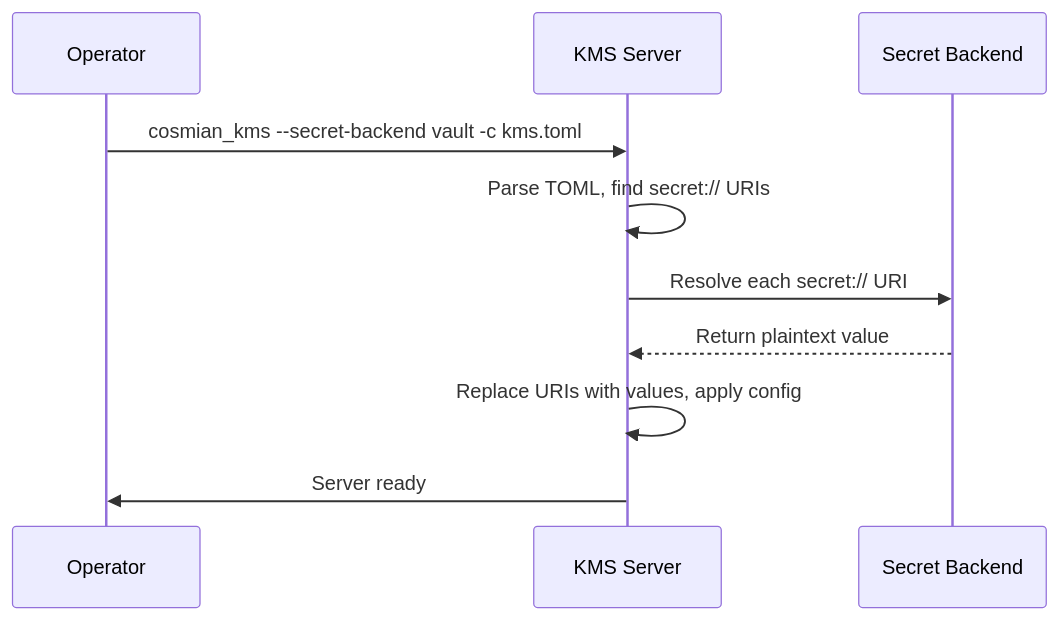
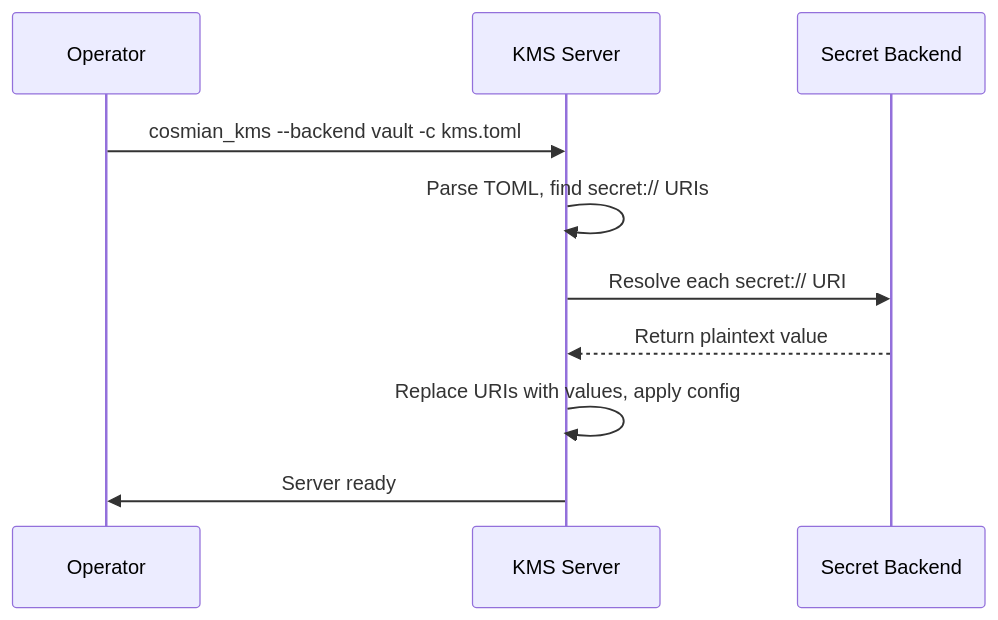
Before and after one commit to Cosmian/kms: the diagram in documentation/docs/configuration/secret_backends.md, drawn with Mermaid. The commit also changed other lines of this file, not shown here.

Commit message:
docs(secret-backends): fix CLI flag, AWS SSM note, and ckms command

````diff
--- a/documentation/docs/configuration/secret_backends.md
+++ b/documentation/docs/configuration/secret_backends.md
@@ -8,13 +8,13 @@
 ```mermaid
 sequenceDiagram
     participant Operator
     participant KMS Server
     participant Secret Backend
 
-    Operator->>KMS Server: cosmian_kms --secret-backend vault -c kms.toml
+    Operator->>KMS Server: cosmian_kms --backend vault -c kms.toml
     KMS Server->>KMS Server: Parse TOML, find secret:// URIs
     KMS Server->>Secret Backend: Resolve each secret:// URI
     Secret Backend-->>KMS Server: Return plaintext value
     KMS Server->>KMS Server: Replace URIs with values, apply config
     KMS Server->>Operator: Server ready
 ```
````
